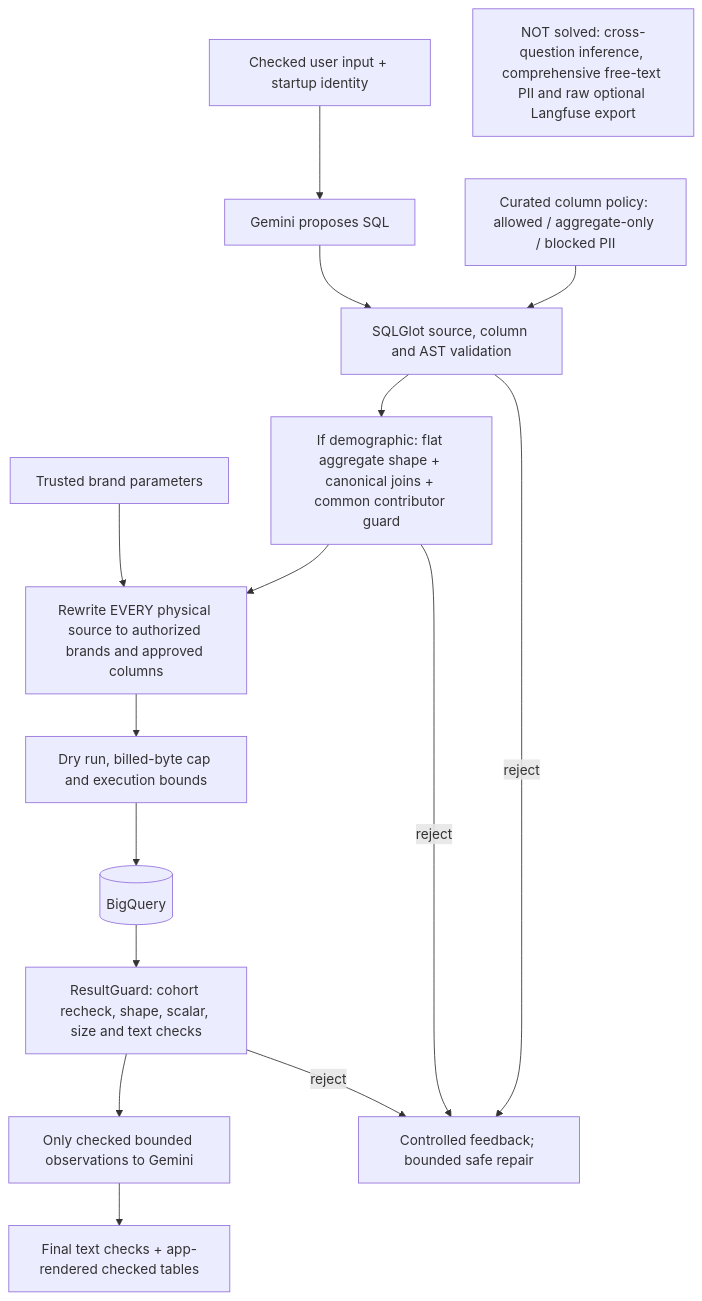
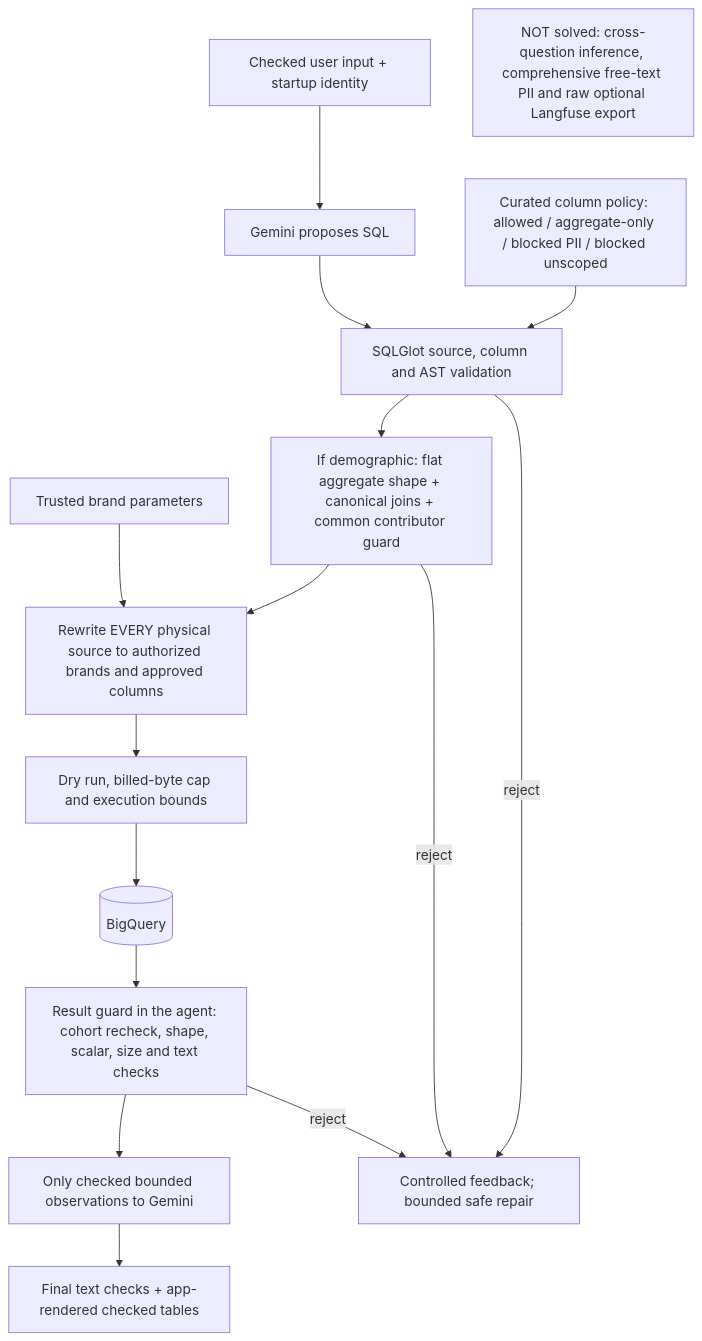
Before and after one commit to BenFruit/opsfleet_retail: the diagram in HLD/security-pii.mmd, drawn with Mermaid. The commit also changed 44 other files, not shown here.

```diff
--- a/HLD/security-pii.mmd
+++ b/HLD/security-pii.mmd
@@ -1,16 +1,16 @@
 flowchart TB
-    POLICY["Curated column policy: allowed / aggregate-only / blocked PII"] --> AST
+    POLICY["Curated column policy: allowed / aggregate-only / blocked PII / blocked unscoped"] --> AST
     REQ["Checked user input + startup identity"] --> MODEL["Gemini proposes SQL"]
     MODEL --> AST["SQLGlot source, column and AST validation"]
     AST --> DEMO["If demographic: flat aggregate shape + canonical joins + common contributor guard"]
     DEMO --> SCOPE["Rewrite EVERY physical source to authorized brands and approved columns"]
     RIGHTS["Trusted brand parameters"] --> SCOPE
     SCOPE --> DRY["Dry run, billed-byte cap and execution bounds"]
     DRY --> BQ[("BigQuery")]
-    BQ --> RESULT["ResultGuard: cohort recheck, shape, scalar, size and text checks"]
+    BQ --> RESULT["Result guard in the agent: cohort recheck, shape, scalar, size and text checks"]
     RESULT --> SAFE["Only checked bounded observations to Gemini"]
     SAFE --> ANSWER["Final text checks + app-rendered checked tables"]
     AST -->|reject| ERROR["Controlled feedback; bounded safe repair"]
     DEMO -->|reject| ERROR
     RESULT -->|reject| ERROR
     GAP["NOT solved: cross-question inference, comprehensive free-text PII and raw optional Langfuse export"]
```
